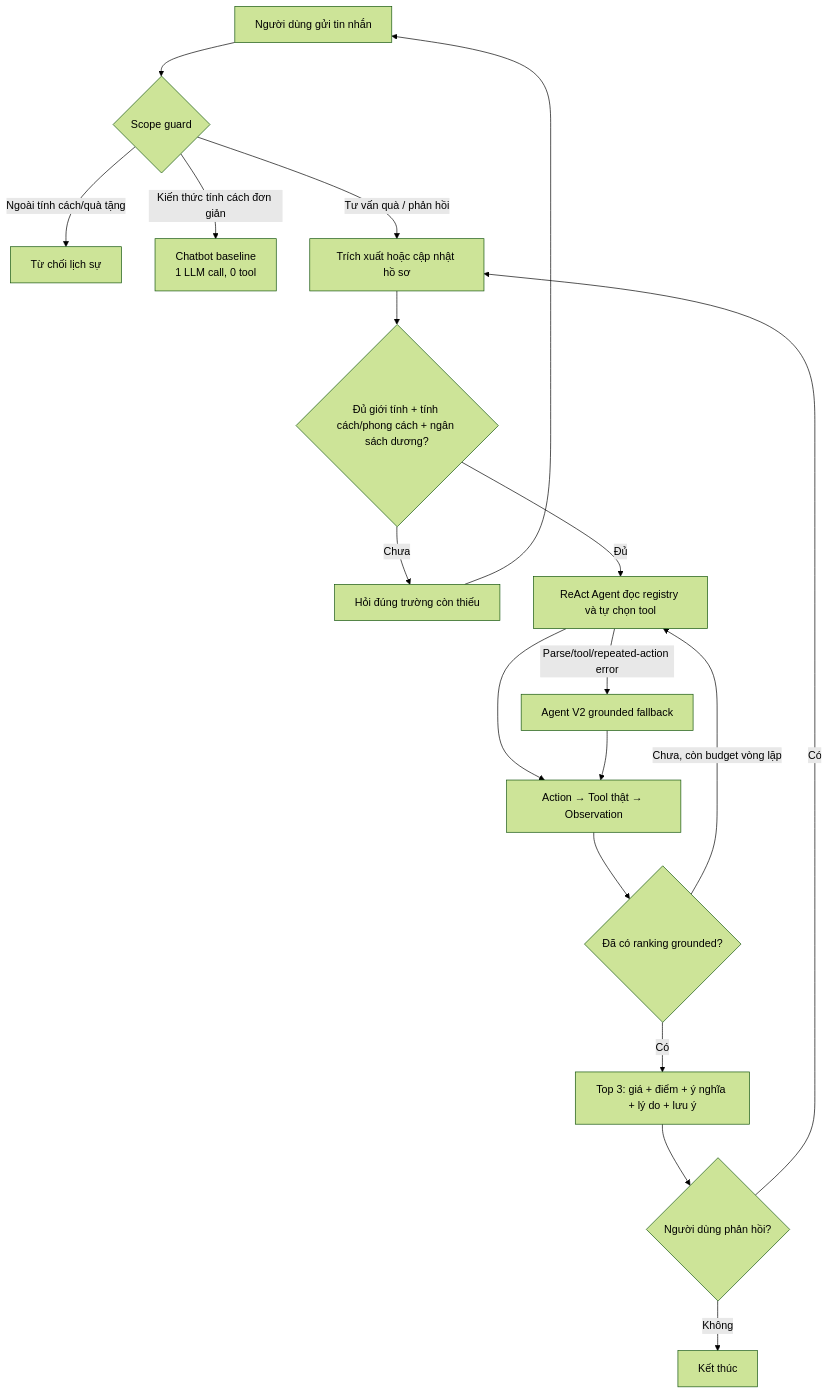
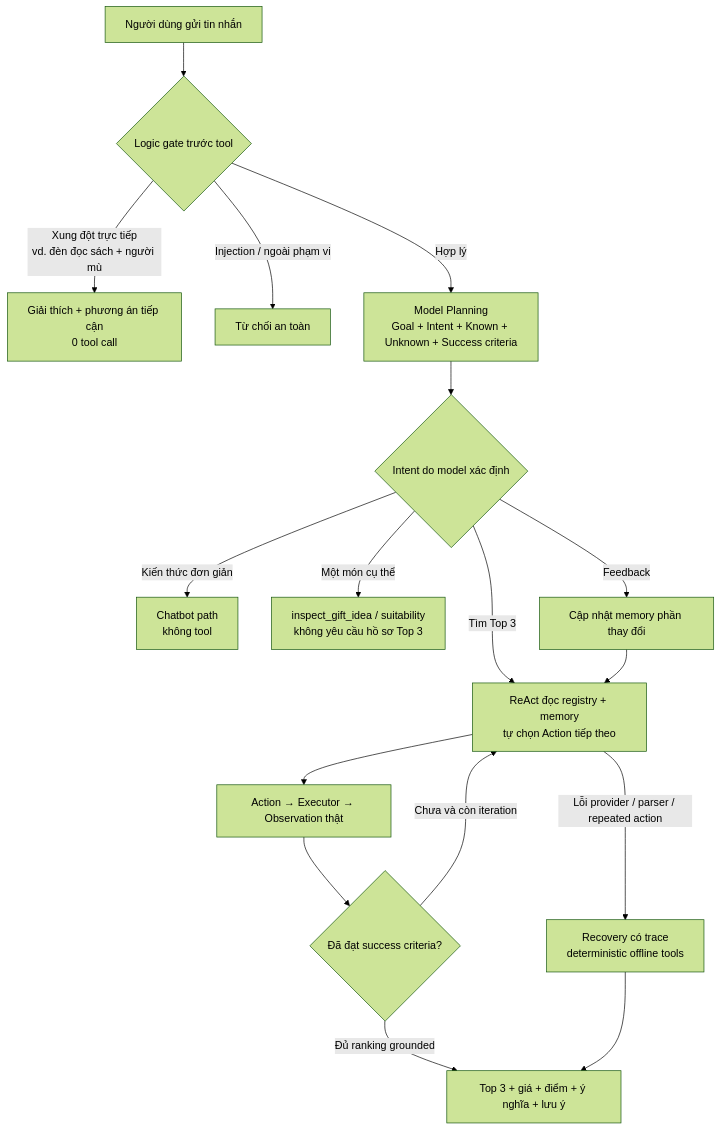
The diagram in docs/hybrid_flowchart.mermaid (quangha-dev/D305), drawn with Mermaid (forest theme) before and after one commit. The commit also changed 24 other files, not shown here.

```diff
--- a/docs/hybrid_flowchart.mermaid
+++ b/docs/hybrid_flowchart.mermaid
@@ -1,18 +1,17 @@
 flowchart TD
-    U["Người dùng gửi tin nhắn"] --> S{"Scope guard"}
-    S -- "Ngoài tính cách/quà tặng" --> R["Từ chối lịch sự"]
-    S -- "Kiến thức tính cách đơn giản" --> B["Chatbot baseline<br/>1 LLM call, 0 tool"]
-    S -- "Tư vấn quà / phản hồi" --> E["Trích xuất hoặc cập nhật hồ sơ"]
-    E --> V{"Đủ giới tính + tính cách/phong cách + ngân sách dương?"}
-    V -- "Chưa" --> Q["Hỏi đúng trường còn thiếu"]
-    Q --> U
-    V -- "Đủ" --> A["ReAct Agent đọc registry và tự chọn tool"]
-    A --> T["Action → Tool thật → Observation"]
-    T --> G{"Đã có ranking grounded?"}
-    G -- "Chưa, còn budget vòng lặp" --> A
-    G -- "Có" --> O["Top 3: giá + điểm + ý nghĩa + lý do + lưu ý"]
-    A -- "Parse/tool/repeated-action error" --> F["Agent V2 grounded fallback"]
-    F --> T
-    O --> C{"Người dùng phản hồi?"}
-    C -- "Có" --> E
-    C -- "Không" --> X["Kết thúc"]
+    U["Người dùng gửi tin nhắn"] --> L{"Logic gate trước tool"}
+    L -- "Xung đột trực tiếp<br/>vd. đèn đọc sách + người mù" --> X["Giải thích + phương án tiếp cận<br/>0 tool call"]
+    L -- "Injection / ngoài phạm vi" --> R["Từ chối an toàn"]
+    L -- "Hợp lý" --> P["Model Planning<br/>Goal + Intent + Known + Unknown + Success criteria"]
+    P --> D{"Intent do model xác định"}
+    D -- "Kiến thức đơn giản" --> B["Chatbot path<br/>không tool"]
+    D -- "Một món cụ thể" --> I["inspect_gift_idea / suitability<br/>không yêu cầu hồ sơ Top 3"]
+    D -- "Tìm Top 3" --> A["ReAct đọc registry + memory<br/>tự chọn Action tiếp theo"]
+    D -- "Feedback" --> M["Cập nhật memory phần thay đổi"]
+    M --> A
+    A --> T["Action → Executor → Observation thật"]
+    T --> E{"Đã đạt success criteria?"}
+    E -- "Chưa và còn iteration" --> A
+    E -- "Đủ ranking grounded" --> O["Top 3 + giá + điểm + ý nghĩa + lưu ý"]
+    A -- "Lỗi provider / parser / repeated action" --> F["Recovery có trace<br/>deterministic offline tools"]
+    F --> O
```
